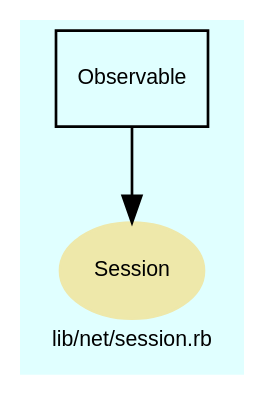
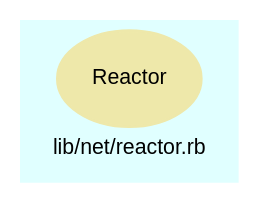
One commit to Tyche/teensymud changed the diagram in doc/dot/f_13.dot. Above: the diagram before and after it, drawn with Graphviz. The commit also changed 233 other files, not shown here.

```diff
--- a/doc/dot/f_13.dot
+++ b/doc/dot/f_13.dot
@@ -1,32 +1,22 @@
 digraph TopLevel {
     compound = true
     bgcolor = lightcyan1
     fontname = Arial
     fontsize = 8
-    label = "lib/net/session.rb"
+    label = "lib/net/reactor.rb"
     node [
         fontname = Arial,
         fontsize = 8,
         color = black
     ]
 
-    Session [
+    Reactor [
         fontcolor = black,
-        URL = "classes/Session.html",
+        URL = "classes/Reactor.html",
         shape = ellipse,
         color = palegoldenrod,
         style = filled,
-        label = "Session"
-    ]
-
-    Observable [
-        URL = "classes/Observable.html",
-        shape = box,
-        label = "Observable"
-    ]
-
-    Observable -> Session [
-
+        label = "Reactor"
     ]
 
 }
```
